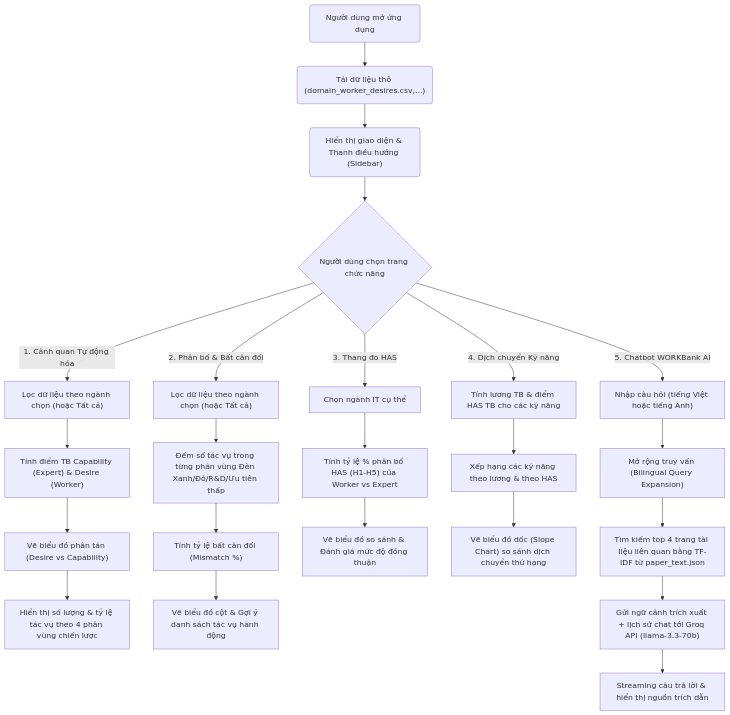
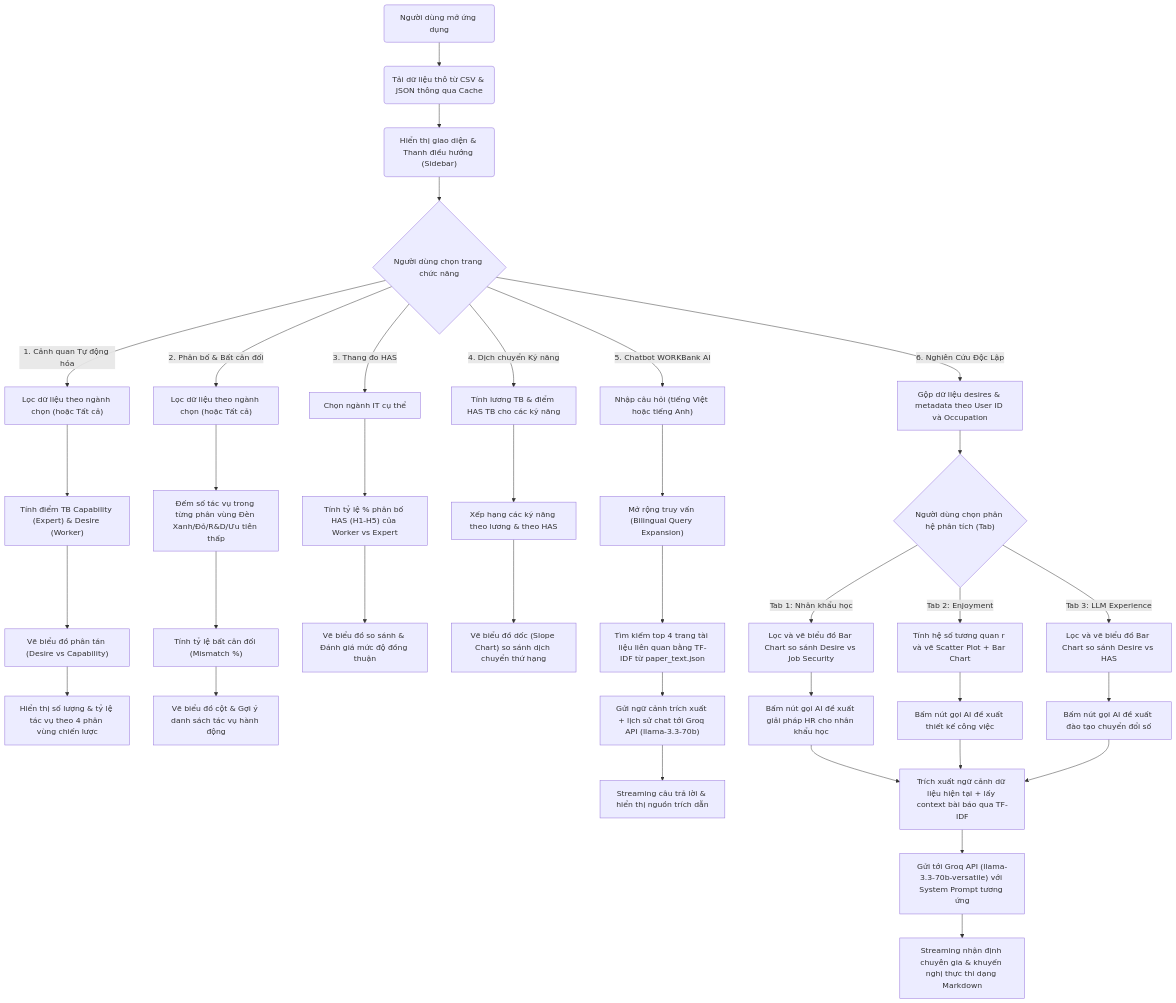
Before and after one commit to khiemdztv/analysis_recommendation_AIagent_for_cs: the second of 2 diagrams in README.md, drawn with Mermaid. The commit also changed other lines of this file, not shown here.

Commit message:
docs: update README with directory structure, system architecture, and detailed workflow flowchart

````diff
--- a/README.md
+++ b/README.md
@@ -78,30 +147,46 @@
 ```mermaid
 graph TD
-    A("Người dùng mở ứng dụng") --> B("Tải dữ liệu thô (domain_worker_desires.csv,...)")
+    A("Người dùng mở ứng dụng") --> B("Tải dữ liệu thô từ CSV & JSON thông qua Cache")
     B --> C("Hiển thị giao diện & Thanh điều hướng (Sidebar)")
     C --> D{"Người dùng chọn trang chức năng"}
     
     D -->|1. Cảnh quan Tự động hóa| E1["Lọc dữ liệu theo ngành chọn (hoặc Tất cả)"]
     E1 --> E2["Tính điểm TB Capability (Expert) & Desire (Worker)"]
     E2 --> E3["Vẽ biểu đồ phân tán (Desire vs Capability)"]
     E3 --> E4["Hiển thị số lượng & tỷ lệ tác vụ theo 4 phân vùng chiến lược"]
     
     D -->|2. Phân bố & Bất cân đối| F1["Lọc dữ liệu theo ngành chọn (hoặc Tất cả)"]
     F1 --> F2["Đếm số tác vụ trong từng phân vùng Đèn Xanh/Đỏ/R&D/Ưu tiên thấp"]
     F2 --> F3["Tính tỷ lệ bất cân đối (Mismatch %)"]
     F3 --> F4["Vẽ biểu đồ cột & Gợi ý danh sách tác vụ hành động"]
     
     D -->|3. Thang đo HAS| G1["Chọn ngành IT cụ thể"]
     G1 --> G2["Tính tỷ lệ % phân bố HAS (H1-H5) của Worker vs Expert"]
     G2 --> G3["Vẽ biểu đồ so sánh & Đánh giá mức độ đồng thuận"]
     
     D -->|4. Dịch chuyển Kỹ năng| H1["Tính lương TB & điểm HAS TB cho các kỹ năng"]
     H1 --> H2["Xếp hạng các kỹ năng theo lương & theo HAS"]
     H2 --> H3["Vẽ biểu đồ dốc (Slope Chart) so sánh dịch chuyển thứ hạng"]
     
     D -->|5. Chatbot WORKBank AI| I1["Nhập câu hỏi (tiếng Việt hoặc tiếng Anh)"]
     I1 --> I2["Mở rộng truy vấn (Bilingual Query Expansion)"]
     I2 --> I3["Tìm kiếm top 4 trang tài liệu liên quan bằng TF-IDF từ paper_text.json"]
     I3 --> I4["Gửi ngữ cảnh trích xuất + lịch sử chat tới Groq API (llama-3.3-70b)"]
     I4 --> I5["Streaming câu trả lời & hiển thị nguồn trích dẫn"]
+
+    D -->|6. Nghiên Cứu Độc Lập| J1["Gộp dữ liệu desires & metadata theo User ID và Occupation"]
+    J1 --> J2{"Người dùng chọn phân hệ phân tích (Tab)"}
+    
+    J2 -->|Tab 1: Nhân khẩu học| K1["Lọc và vẽ biểu đồ Bar Chart so sánh Desire vs Job Security"]
+    K1 --> K2["Bấm nút gọi AI đề xuất giải pháp HR cho nhân khẩu học"]
+    
+    J2 -->|Tab 2: Enjoyment| L1["Tính hệ số tương quan r và vẽ Scatter Plot + Bar Chart"]
+    L1 --> L2["Bấm nút gọi AI đề xuất thiết kế công việc"]
+    
+    J2 -->|Tab 3: LLM Experience| M1["Lọc và vẽ biểu đồ Bar Chart so sánh Desire vs HAS"]
+    M1 --> M2["Bấm nút gọi AI đề xuất đào tạo chuyển đổi số"]
+    
+    K2 & L2 & M2 --> N["Trích xuất ngữ cảnh dữ liệu hiện tại + lấy context bài báo qua TF-IDF"]
+    N --> O["Gửi tới Groq API (llama-3.3-70b-versatile) với System Prompt tương ứng"]
+    O --> P["Streaming nhận định chuyên gia & khuyến nghị thực thi dạng Markdown"]
 ```
````
